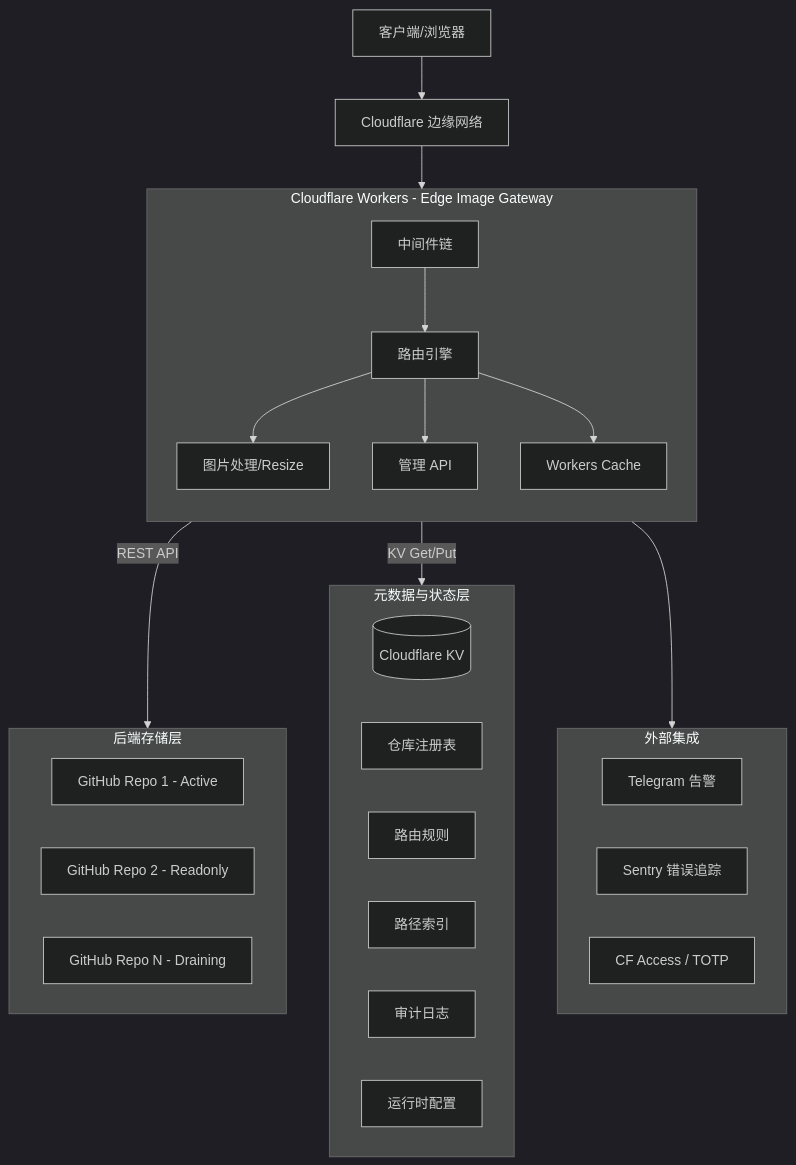
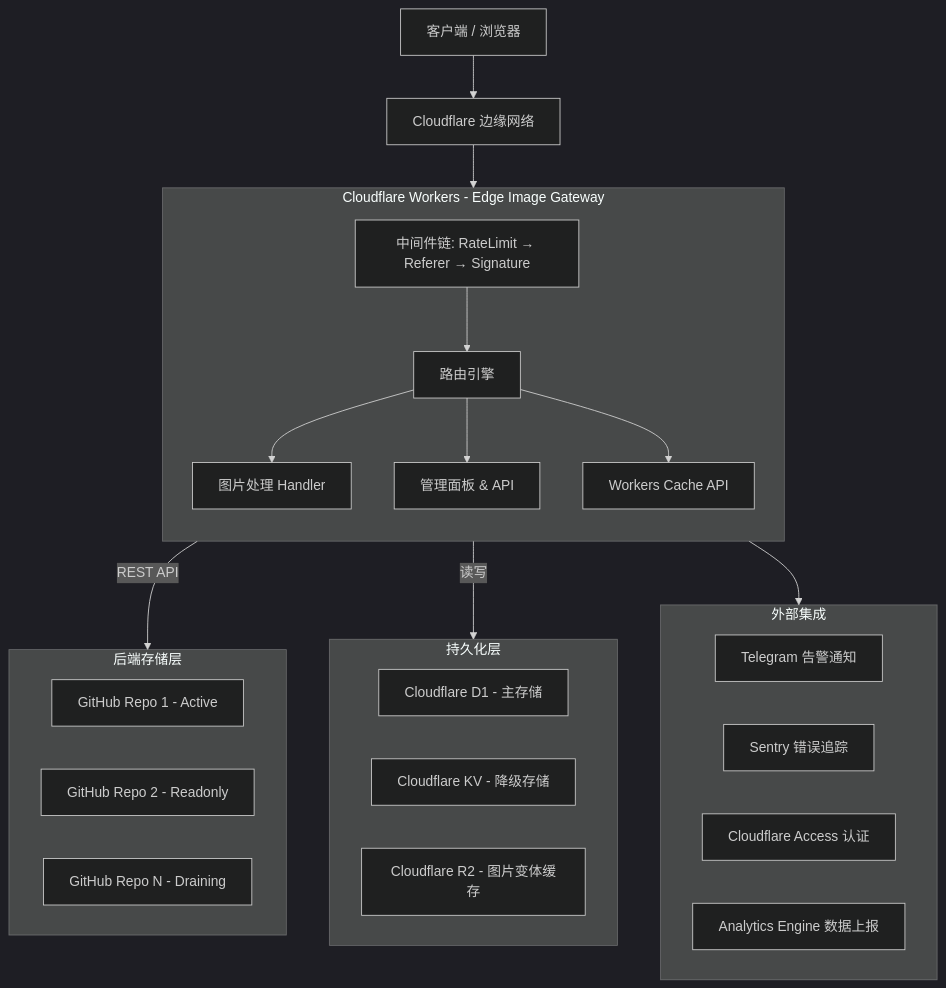
Before and after one commit to ID-VerNe/edge-image-gateway: the diagram in docs/architecture-overview.md, drawn with Mermaid (dark theme). The commit also changed other lines of this file and 14 other files, not shown here.

````diff
--- a/docs/architecture-overview.md
+++ b/docs/architecture-overview.md
@@ -13,40 +13,38 @@
 ```mermaid
 graph TD
-    Client[客户端/浏览器] --> CF_Edge[Cloudflare 边缘网络]
-    
+    Client[客户端 / 浏览器] --> CF_Edge[Cloudflare 边缘网络]
+
     subgraph CF_Workers [Cloudflare Workers - Edge Image Gateway]
         direction TB
-        MW[中间件链] --> Router[路由引擎]
-        Router --> ImageProc[图片处理/Resize]
-        Router --> AdminAPI[管理 API]
-        Router --> Cache[Workers Cache]
+        MW[中间件链: RateLimit → Referer → Signature] --> Router[路由引擎]
+        Router --> ImageHandler[图片处理 Handler]
+        Router --> AdminPanel[管理面板 & API]
+        Router --> Cache[Workers Cache API]
     end
 
     CF_Edge --> CF_Workers
-    
+
     subgraph Storage [后端存储层]
         Repo1[GitHub Repo 1 - Active]
         Repo2[GitHub Repo 2 - Readonly]
         RepoN[GitHub Repo N - Draining]
     end
 
-    subgraph Metadata [元数据与状态层]
-        KV[(Cloudflare KV)]
-        KV_Repos[仓库注册表]
-        KV_Routes[路由规则]
-        KV_Paths[路径索引]
-        KV_Audit[审计日志]
-        KV_Config[运行时配置]
+    subgraph Persistence [持久化层]
+        D1[Cloudflare D1 - 主存储]
+        KV[Cloudflare KV - 降级存储]
+        R2[Cloudflare R2 - 图片变体缓存]
     end
 
     CF_Workers -- REST API --> Storage
-    CF_Workers -- KV Get/Put --> Metadata
-    
+    CF_Workers -- 读写 --> Persistence
+
     subgraph External [外部集成]
-        TG[Telegram 告警]
+        TG[Telegram 告警通知]
         Sentry[Sentry 错误追踪]
-        Access[CF Access / TOTP]
+        CF_Access[Cloudflare Access 认证]
+        AE[Analytics Engine 数据上报]
     end
 
     CF_Workers --> External
 ```
````
